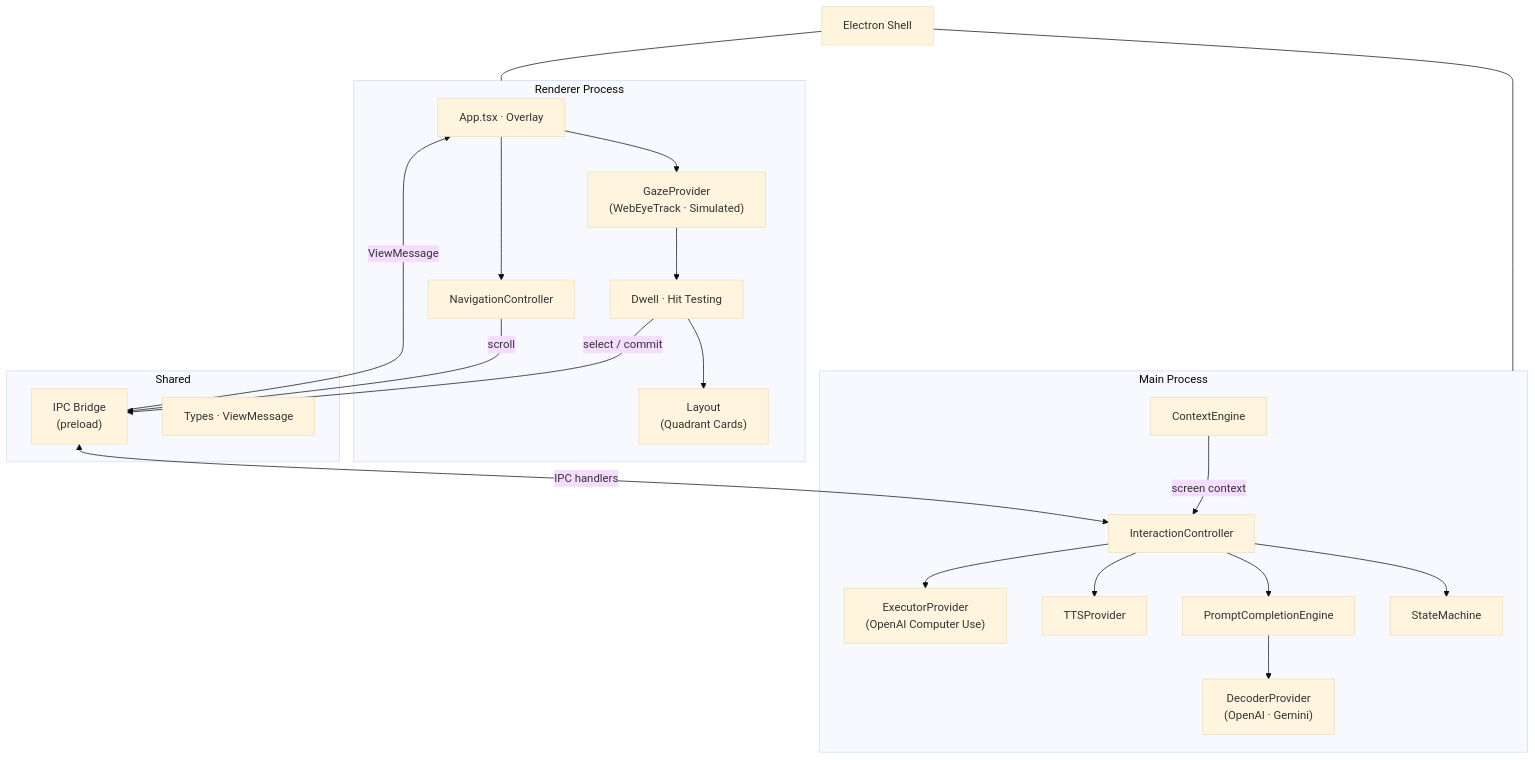
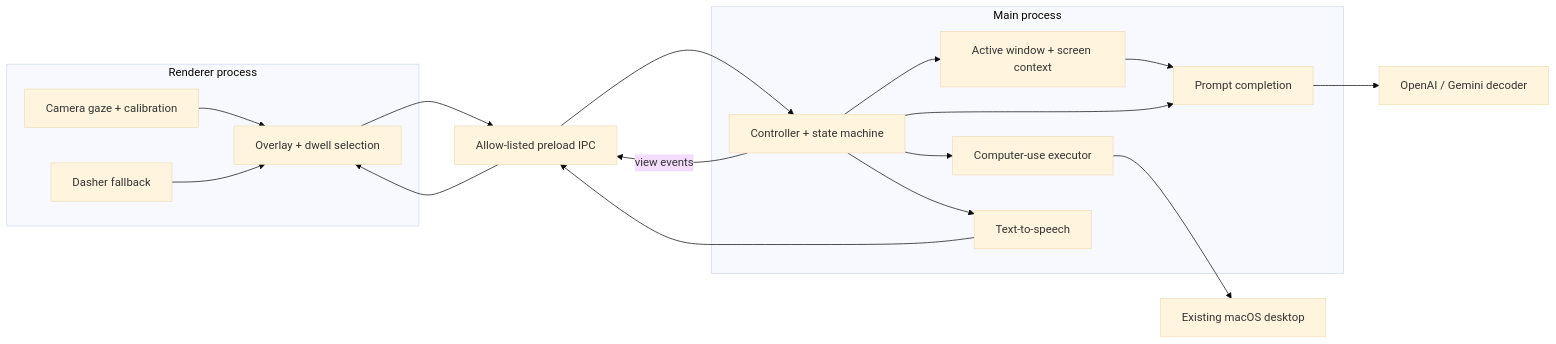
The diagram in README.md (lesprgm/Hoot), drawn with Mermaid (base theme) before and after one commit. The commit also changed other lines of this file and 7 other files, not shown here.

````diff
--- a/README.md
+++ b/README.md
@@ -17,47 +31,27 @@
 ```mermaid
-graph TD
-    Electron["Electron Shell"]
-
-    subgraph Main["Main Process"]
-        IC["InteractionController"]
-        SM["StateMachine"]
-        CE["ContextEngine"]
-        PCE["PromptCompletionEngine"]
-        TTS["TTSProvider"]
-        EX["ExecutorProvider<br/>(OpenAI Computer Use)"]
-        DEC["DecoderProvider<br/>(OpenAI · Gemini)"]
+flowchart LR
+    subgraph R["Renderer process"]
+        G["Camera gaze + calibration"] --> O["Overlay + dwell selection"]
+        D["Dasher fallback"] --> O
     end
 
-    subgraph Renderer["Renderer Process"]
-        App["App.tsx · Overlay"]
-        Gaze["GazeProvider<br/>(WebEyeTrack · Simulated)"]
-        Nav["NavigationController"]
-        Dwell["Dwell · Hit Testing"]
-        Layout["Layout<br/>(Quadrant Cards)"]
+    I["Allow-listed preload IPC"]
+
+    subgraph M["Main process"]
+        C["Controller + state machine"]
+        K["Active window + screen context"]
+        P["Prompt completion"]
+        X["Computer-use executor"]
+        T["Text-to-speech"]
+        C --> K
+        C --> P
+        K --> P
     end
 
-    subgraph Shared["Shared"]
-        IPC["IPC Bridge<br/>(preload)"]
-        Types["Types · ViewMessage"]
-    end
-
-    Electron --- Main
-    Electron --- Renderer
-
-    Gaze --> Dwell
-    Dwell --> Layout
-    Dwell -->|"select / commit"| IPC
-    App --> Gaze
-    App --> Nav
-    Nav -->|"scroll"| IPC
-
-    IPC -->|"ViewMessage"| App
-    IPC <-->|"IPC handlers"| IC
-
-    IC --> SM
-    IC --> PCE
-    IC --> TTS
-    IC --> EX
-    PCE --> DEC
-    CE -->|"screen context"| IC
+    O --> I --> C
+    C -->|"view events"| I
+    C --> X --> Mac["Existing macOS desktop"]
+    P --> LLM["OpenAI / Gemini decoder"]
+    C --> T --> I
+    I --> O
 ```
````
